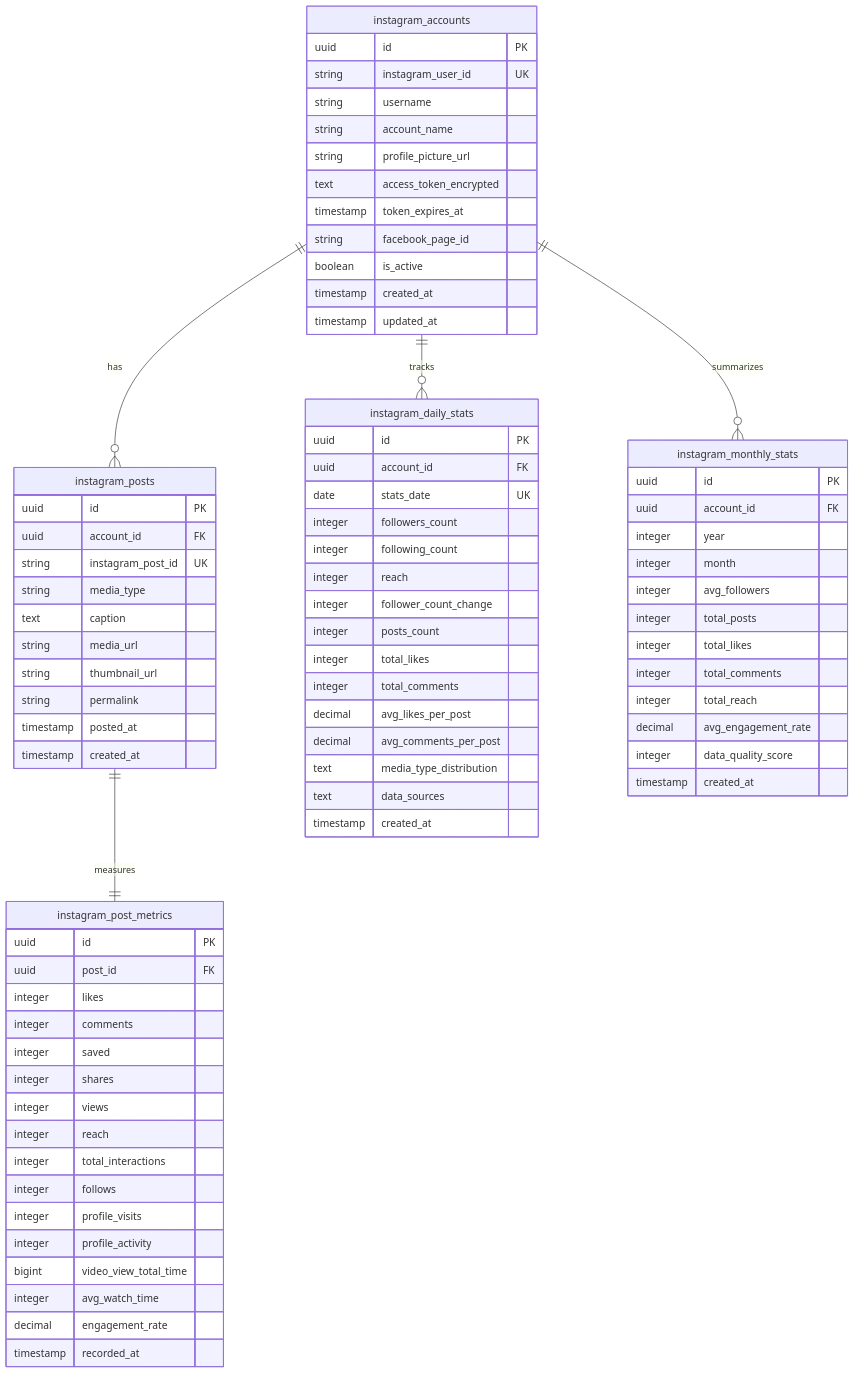
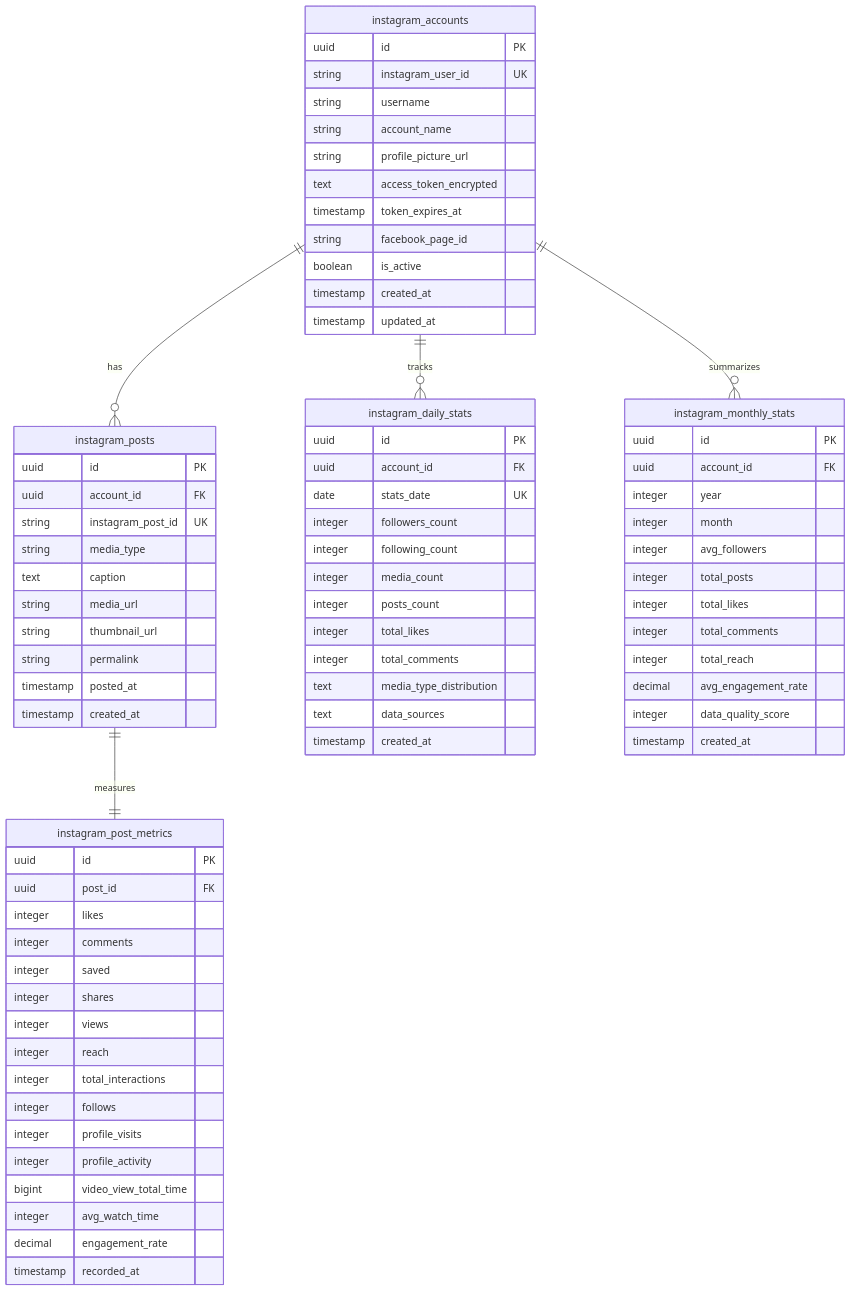
One commit to ShotaGhoona/shintairiku-ig-4 changed the diagram in docs/define/db/instagram-db-schema.md. Above: the diagram before and after it, drawn with Mermaid. The commit also changed other lines of this file and 9 other files, not shown here.

Commit message:
Instagram日次統計モデルをシンプル化し、取得不可能なInsightsフィールド（reach, follower_count_change）を削除。計算可能フィールド（avg_likes_per_post, avg_comments_per_post）も削除し、APIテスト結果に基づく現実的な構造に変更。関連するスキーマとリポジトリも更新。

```diff
--- a/docs/define/db/instagram-db-schema.md
+++ b/docs/define/db/instagram-db-schema.md
@@ -81,13 +81,10 @@
         date stats_date UK
         integer followers_count
         integer following_count
-        integer reach
-        integer follower_count_change
+        integer media_count
         integer posts_count
         integer total_likes
         integer total_comments
-        decimal avg_likes_per_post
-        decimal avg_comments_per_post
         text media_type_distribution
         text data_sources
         timestamp created_at
```
